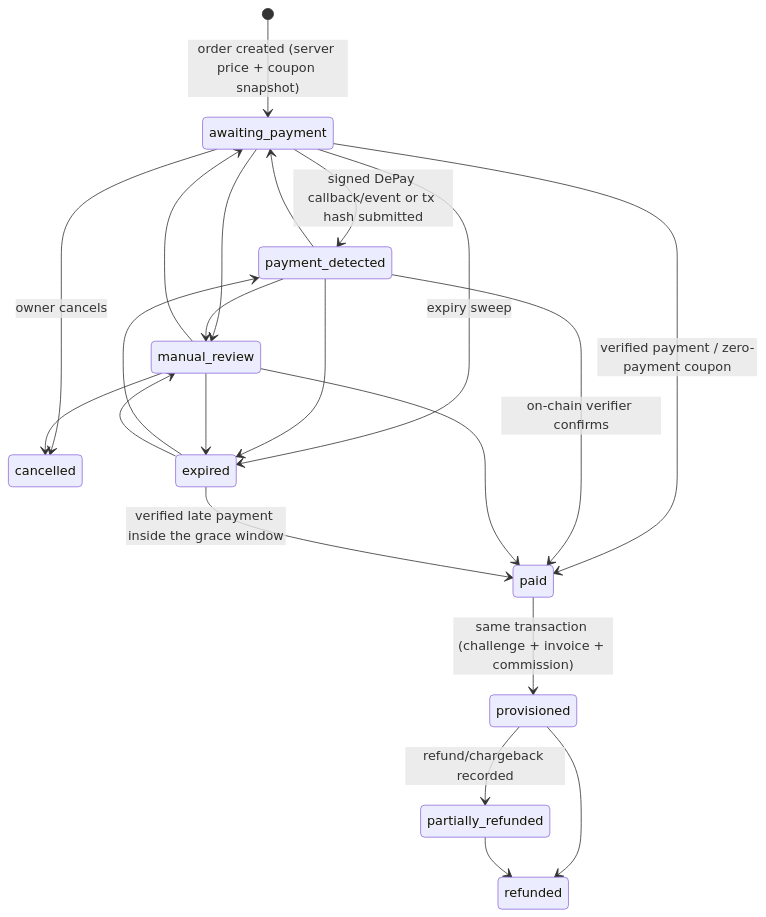
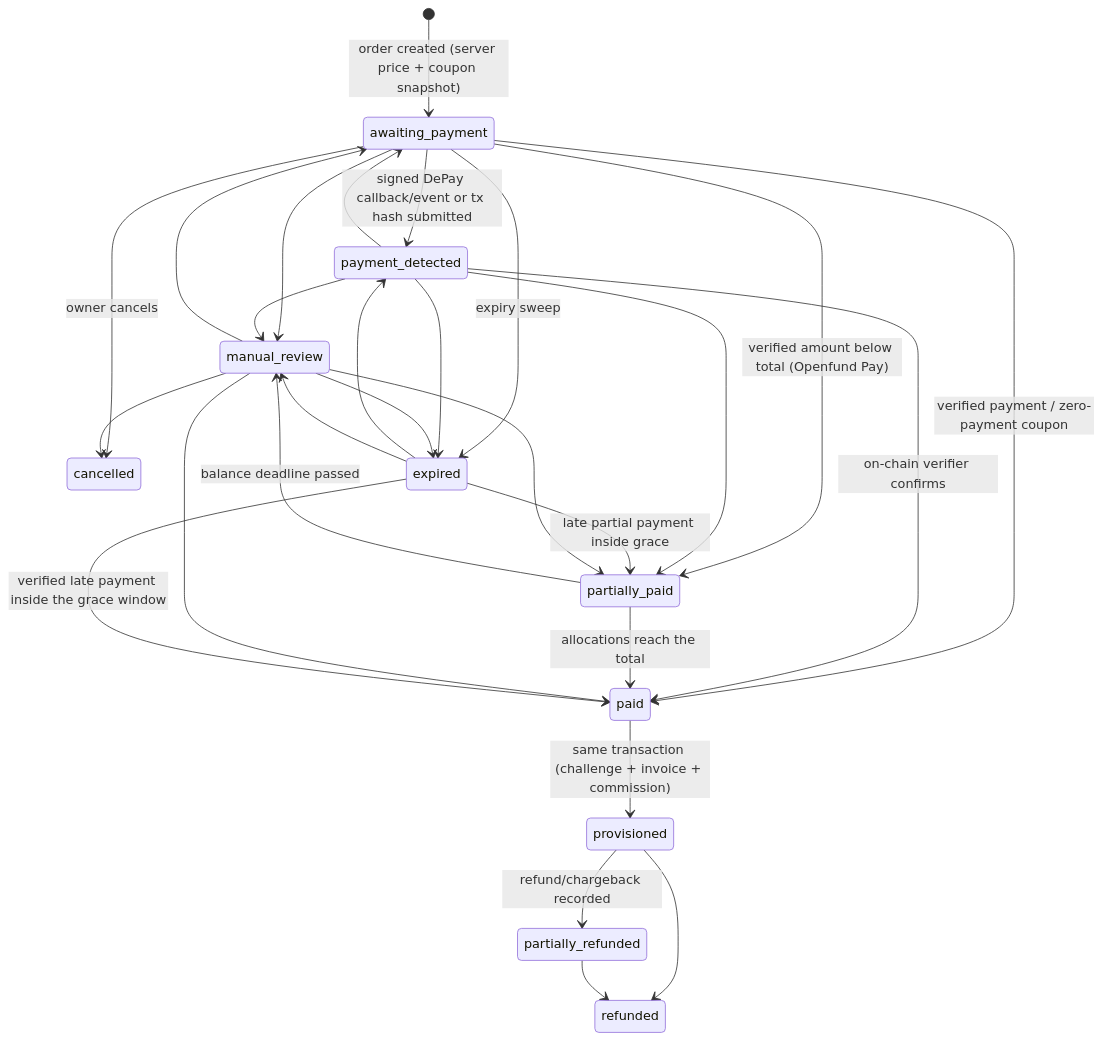
One commit to algomanlife/openfund changed the diagram in docs/payments/ORDER_LIFECYCLE.md. Above: the diagram before and after it, drawn with Mermaid. The commit also changed other lines of this file and 18 other files, not shown here.

Commit message:
docs: record v0.7.0, the 2026-11-18 payment incident and Openfund Pay (ADR 0046)

````diff
--- a/docs/payments/ORDER_LIFECYCLE.md
+++ b/docs/payments/ORDER_LIFECYCLE.md
@@ -13,24 +13,30 @@
 ```mermaid
 stateDiagram-v2
   [*] --> awaiting_payment: order created (server price + coupon snapshot)
   awaiting_payment --> payment_detected: signed DePay callback/event or tx hash submitted
   awaiting_payment --> paid: verified payment / zero-payment coupon
   awaiting_payment --> manual_review
   awaiting_payment --> cancelled: owner cancels
   awaiting_payment --> expired: expiry sweep
   payment_detected --> paid: on-chain verifier confirms
   payment_detected --> awaiting_payment
   payment_detected --> manual_review
   payment_detected --> expired
+  awaiting_payment --> partially_paid: verified amount below total (Openfund Pay)
+  payment_detected --> partially_paid
+  expired --> partially_paid: late partial payment inside grace
+  manual_review --> partially_paid
+  partially_paid --> paid: allocations reach the total
+  partially_paid --> manual_review: balance deadline passed
   manual_review --> paid
   manual_review --> awaiting_payment
   manual_review --> cancelled
   manual_review --> expired
   expired --> payment_detected
   expired --> manual_review
   expired --> paid: verified late payment inside the grace window
   paid --> provisioned: same transaction (challenge + invoice + commission)
   provisioned --> partially_refunded: refund/chargeback recorded
   provisioned --> refunded
   partially_refunded --> refunded
 ```
````
